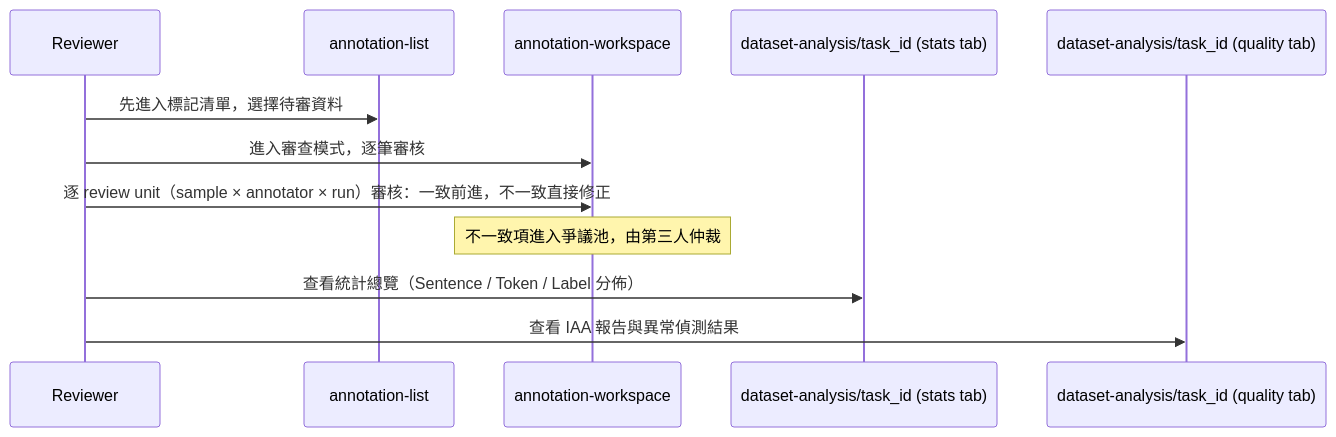
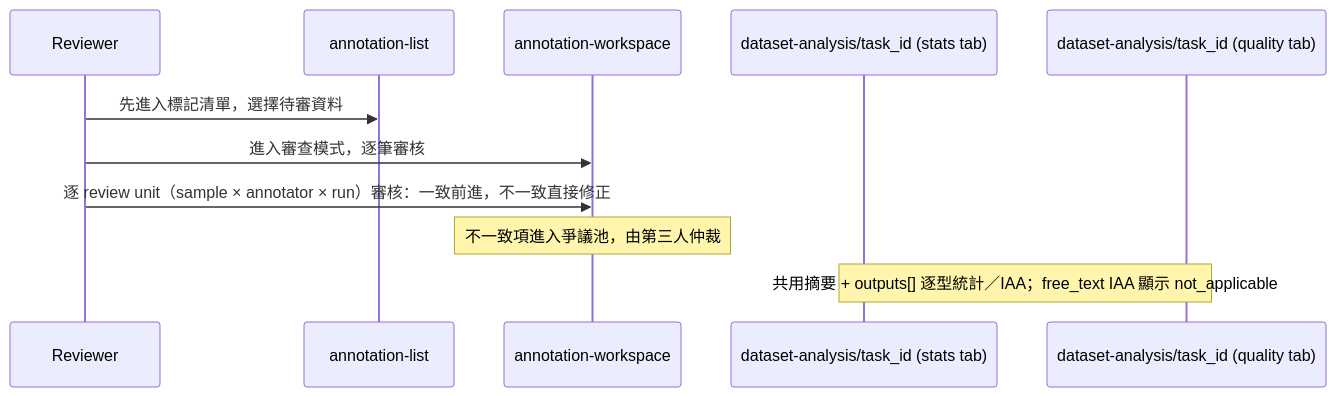
One commit to singyichen/label-suite changed the fourth of 5 diagrams in docs/product/ia/information-architecture.md. Above: the diagram before and after it, drawn with Mermaid. The commit also changed other lines of this file and 2 other files, not shown here.

````diff
--- a/docs/product/ia/information-architecture.md
+++ b/docs/product/ia/information-architecture.md
@@ -569,15 +564,14 @@
 ```mermaid
 sequenceDiagram
   participant R as Reviewer
   participant AL as annotation-list
   participant AW as annotation-workspace
   participant DS as dataset-analysis/task_id (stats tab)
   participant DQ as dataset-analysis/task_id (quality tab)
 
   R->>AL: 先進入標記清單，選擇待審資料
   R->>AW: 進入審查模式，逐筆審核
   R->>AW: 逐 review unit（sample × annotator × run）審核：一致前進，不一致直接修正
   Note over AW: 不一致項進入爭議池，由第三人仲裁
-  R->>DS: 查看統計總覽（Sentence / Token / Label 分佈）
-  R->>DQ: 查看 IAA 報告與異常偵測結果
+  Note over DS,DQ: 共用摘要 + outputs[] 逐型統計／IAA；free_text IAA 顯示 not_applicable
 ```
````
